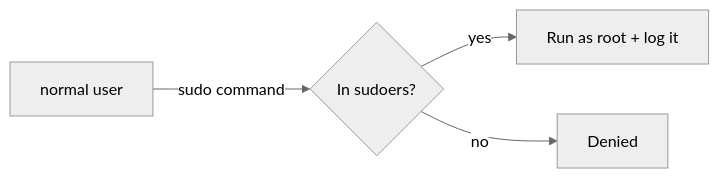
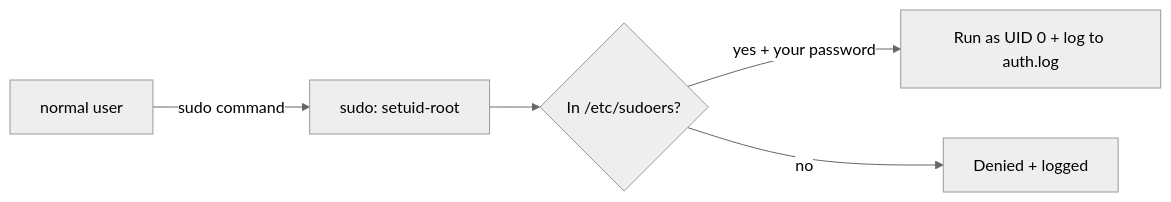
One commit to cloud-prakhar/learning-linux changed the diagram in 04-users-groups-permissions/sudo-and-root.md. Above: the diagram before and after it, drawn with Mermaid (neutral theme). The commit also changed other lines of this file and 69 other files, not shown here.

````diff
--- a/04-users-groups-permissions/sudo-and-root.md
+++ b/04-users-groups-permissions/sudo-and-root.md
@@ -28,6 +36,7 @@
 ```mermaid
 flowchart LR
-    You[normal user] -->|sudo command| Check{In sudoers?}
-    Check -->|yes| Run[Run as root + log it]
-    Check -->|no| Deny[Denied]
+    You[normal user] -->|sudo command| S[sudo: setuid-root]
+    S --> Check{In /etc/sudoers?}
+    Check -->|yes + your password| Run[Run as UID 0 + log to auth.log]
+    Check -->|no| Deny[Denied + logged]
 ```
````
